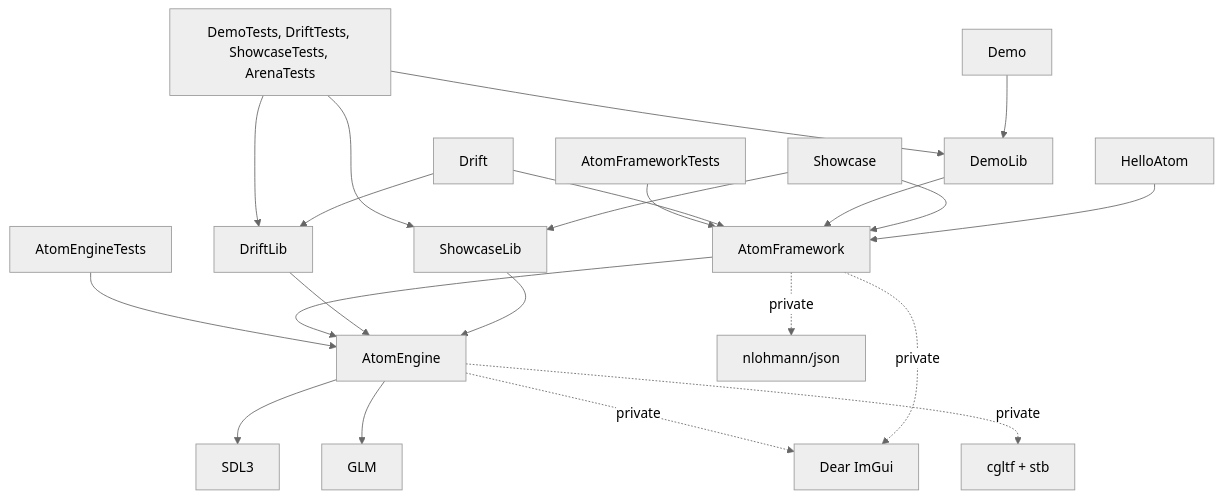
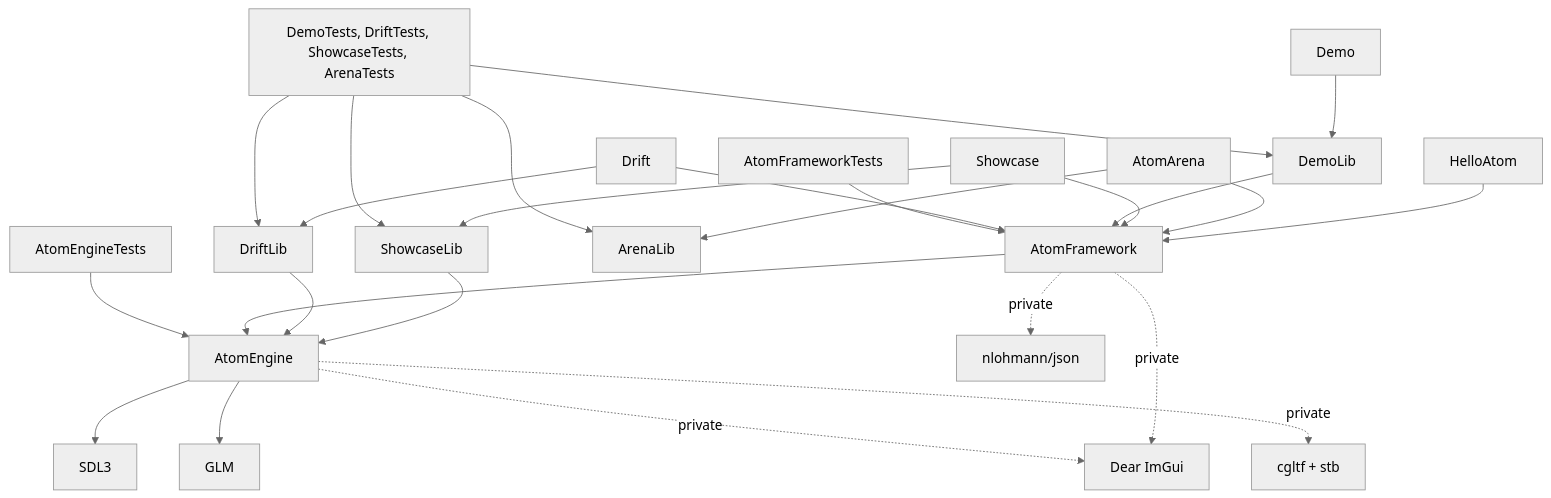
One commit to fgdoliveira/AtomEngine changed the first of 6 diagrams in docs/Architecture.md. Above: the diagram before and after it, drawn with Mermaid (neutral theme). The commit also changed other lines of this file and 219 other files, not shown here.

````diff
--- a/docs/Architecture.md
+++ b/docs/Architecture.md
@@ -22,22 +41,24 @@
 ```mermaid
 graph TD
     Showcase[Showcase] --> ShowcaseLib
     Demo[Demo] --> DemoLib
     Drift[Drift] --> DriftLib
     Hello[HelloAtom] --> Framework
+    Arena[AtomArena] --> ArenaLib
+    Arena --> Framework
     Showcase --> Framework
     DemoLib --> Framework
     Drift --> Framework
     ShowcaseLib --> Engine
     DriftLib --> Engine
     Framework[AtomFramework] --> Engine[AtomEngine]
     EngineTests[AtomEngineTests] --> Engine
     FrameworkTests[AtomFrameworkTests] --> Framework
-    AppTests["DemoTests, DriftTests, ShowcaseTests, ArenaTests"] --> DemoLib & DriftLib & ShowcaseLib
+    AppTests["DemoTests, DriftTests, ShowcaseTests, ArenaTests"] --> DemoLib & DriftLib & ShowcaseLib & ArenaLib
     Framework -.->|private| JSON[nlohmann/json]
     Framework -.->|private| ImGui[Dear ImGui]
     Engine --> SDL[SDL3]
     Engine --> GLM
     Engine -.->|private| ImGui
     Engine -.->|private| CGLTF[cgltf + stb]
 ```
````
